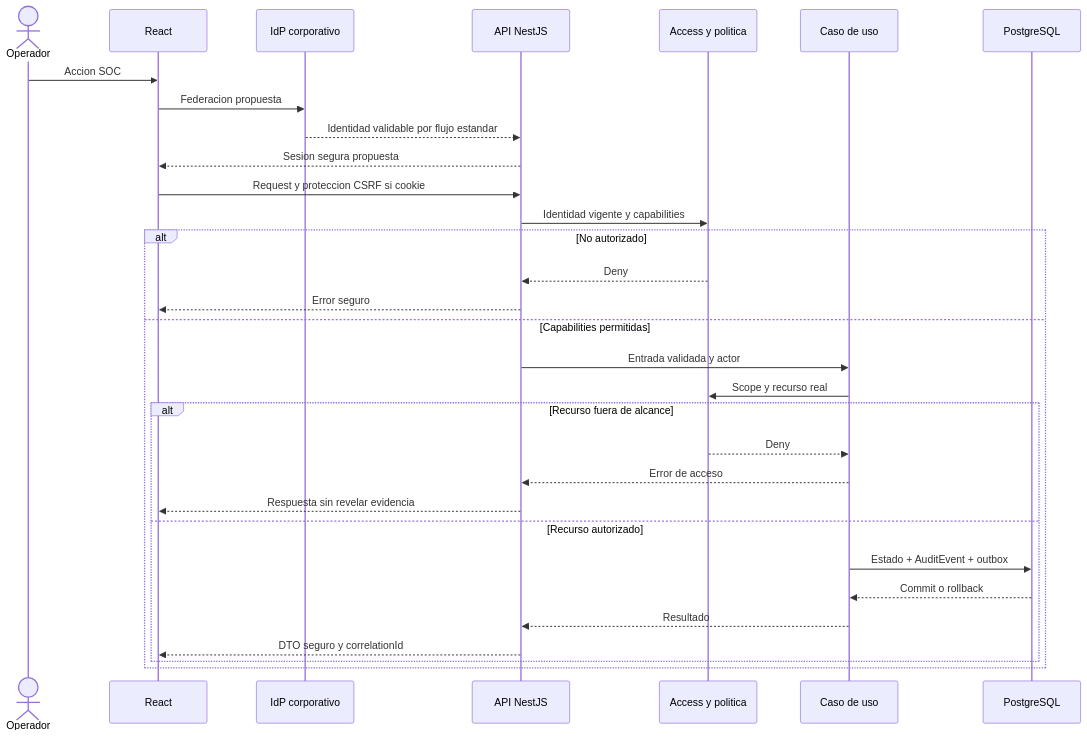
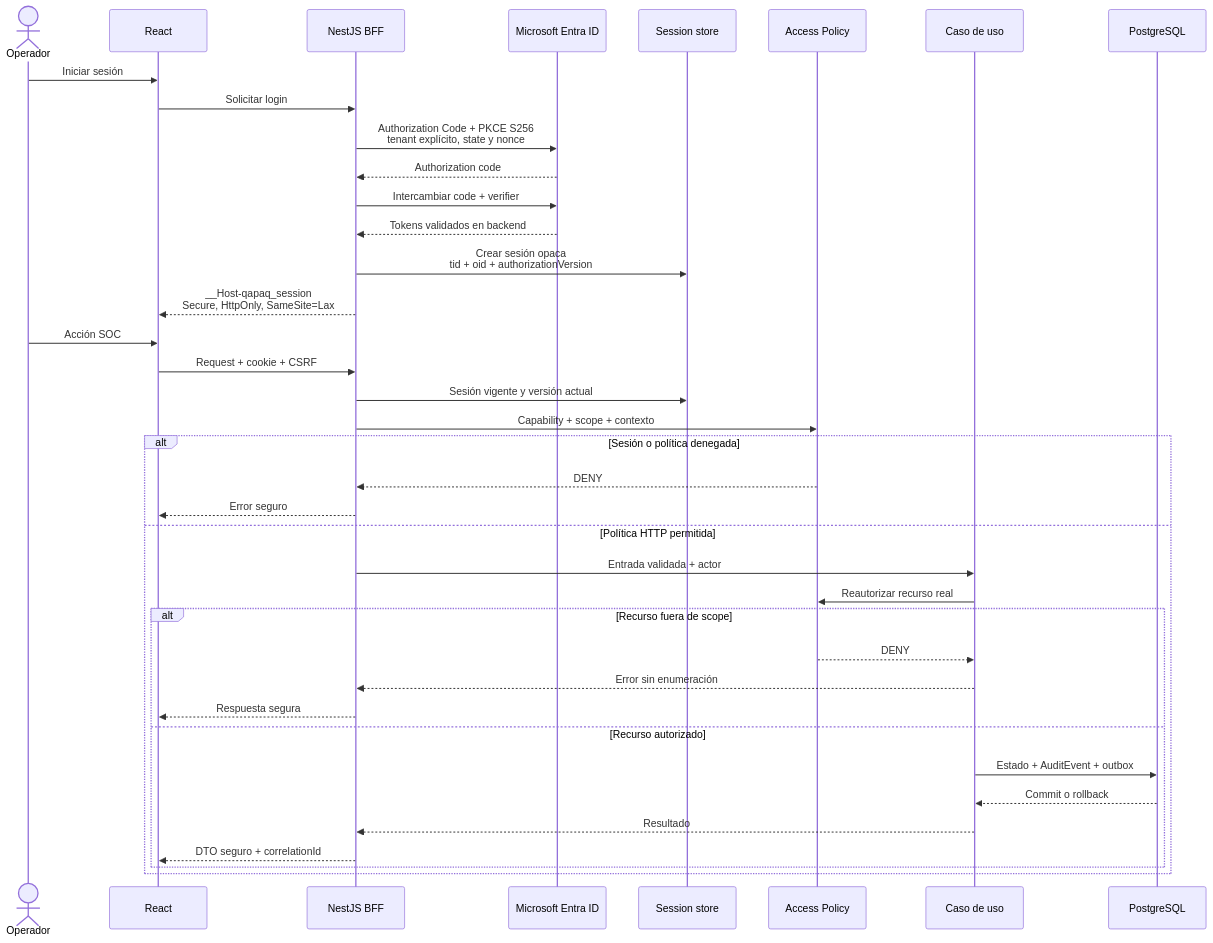
One commit to CyberStill-GmbH/qapaq-secops changed the diagram in docs/diagrams/05-authentication-authorization.mmd. Above: the diagram before and after it, drawn with Mermaid. The commit also changed 18 other files, not shown here.

```diff
--- a/docs/diagrams/05-authentication-authorization.mmd
+++ b/docs/diagrams/05-authentication-authorization.mmd
@@ -1,31 +1,40 @@
 sequenceDiagram
     actor U as Operador
     participant W as React
-    participant I as IdP corporativo
-    participant A as API NestJS
-    participant P as Access y politica
+    participant B as NestJS BFF
+    participant I as Microsoft Entra ID
+    participant S as Session store
+    participant P as Access Policy
     participant D as Caso de uso
     participant DB as PostgreSQL
-    U->>W: Accion SOC
-    W->>I: Federacion propuesta
-    I-->>A: Identidad validable por flujo estandar
-    A-->>W: Sesion segura propuesta
-    W->>A: Request y proteccion CSRF si cookie
-    A->>P: Identidad vigente y capabilities
-    alt No autorizado
-        P-->>A: Deny
-        A-->>W: Error seguro
-    else Capabilities permitidas
-        A->>D: Entrada validada y actor
-        D->>P: Scope y recurso real
-        alt Recurso fuera de alcance
-            P-->>D: Deny
-            D-->>A: Error de acceso
-            A-->>W: Respuesta sin revelar evidencia
+
+    U->>W: Iniciar sesión
+    W->>B: Solicitar login
+    B->>I: Authorization Code + PKCE S256<br/>tenant explícito, state y nonce
+    I-->>B: Authorization code
+    B->>I: Intercambiar code + verifier
+    I-->>B: Tokens validados en backend
+    B->>S: Crear sesión opaca<br/>tid + oid + authorizationVersion
+    B-->>W: __Host-qapaq_session<br/>Secure, HttpOnly, SameSite=Lax
+
+    U->>W: Acción SOC
+    W->>B: Request + cookie + CSRF
+    B->>S: Sesión vigente y versión actual
+    B->>P: Capability + scope + contexto
+    alt Sesión o política denegada
+        P-->>B: DENY
+        B-->>W: Error seguro
+    else Política HTTP permitida
+        B->>D: Entrada validada + actor
+        D->>P: Reautorizar recurso real
+        alt Recurso fuera de scope
+            P-->>D: DENY
+            D-->>B: Error sin enumeración
+            B-->>W: Respuesta segura
         else Recurso autorizado
             D->>DB: Estado + AuditEvent + outbox
             DB-->>D: Commit o rollback
-            D-->>A: Resultado
-            A-->>W: DTO seguro y correlationId
+            D-->>B: Resultado
+            B-->>W: DTO seguro + correlationId
         end
     end
```
